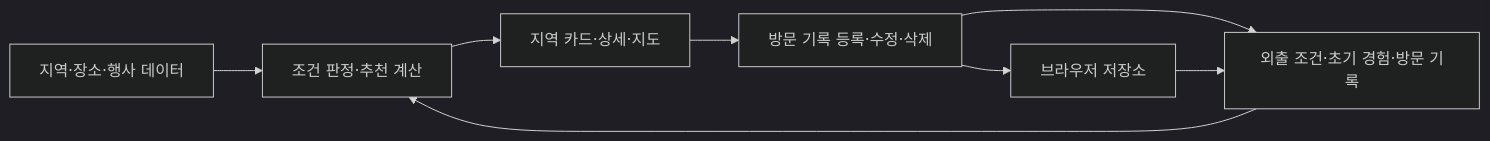
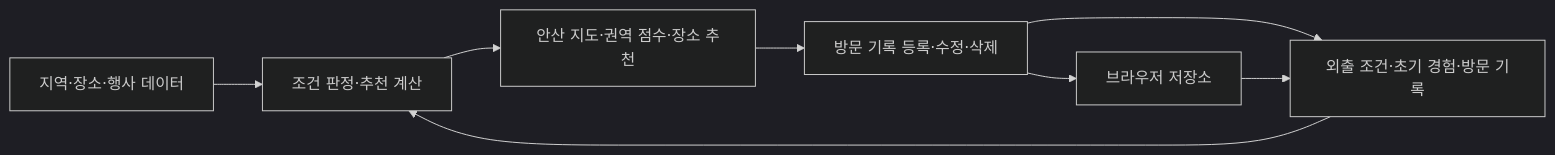
Before and after one commit to chowonbhin/VOID_2122: the diagram in mvp_implementation_plan.md, drawn with Mermaid (dark theme). The commit also changed other lines of this file and 26 other files, not shown here.

````diff
--- a/mvp_implementation_plan.md
+++ b/mvp_implementation_plan.md
@@ -38,10 +38,10 @@
 ```mermaid
 flowchart LR
     A[지역·장소·행사 데이터] --> C[조건 판정·추천 계산]
     B[외출 조건·초기 경험·방문 기록] --> C
-    C --> D[지역 카드·상세·지도]
+    C --> D[안산 지도·권역 점수·장소 추천]
     D --> E[방문 기록 등록·수정·삭제]
     E --> B
     E --> F[브라우저 저장소]
     F --> B
 ```
````
